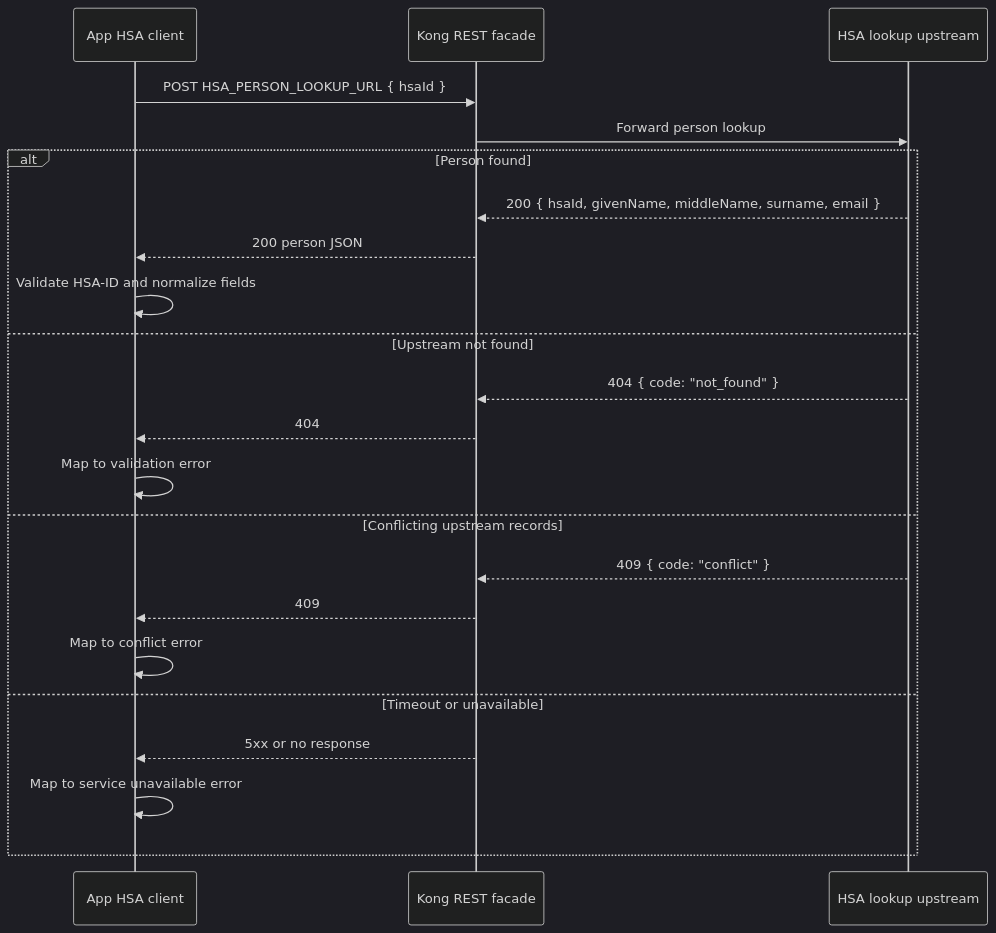
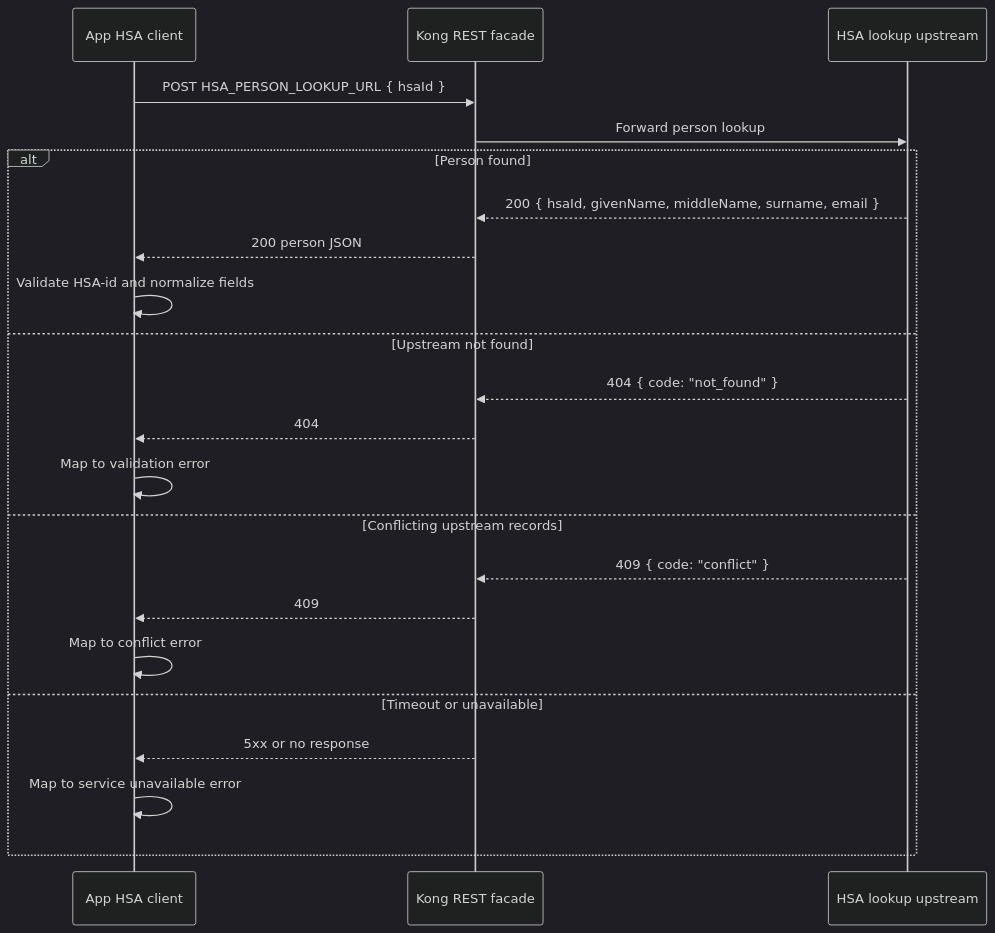
One commit to viscalyx/Kravhantering changed the first of 2 diagrams in docs/hsa-person-lookup-integration.md. Above: the diagram before and after it, drawn with Mermaid (dark theme). The commit also changed other lines of this file and 103 other files, not shown here.

````diff
--- a/docs/hsa-person-lookup-integration.md
+++ b/docs/hsa-person-lookup-integration.md
@@ -73,26 +73,26 @@
 ```mermaid
 sequenceDiagram
     participant App as App HSA client
     participant Kong as Kong REST facade
     participant Upstream as HSA lookup upstream
 
     App->>Kong: POST HSA_PERSON_LOOKUP_URL { hsaId }
     Kong->>Upstream: Forward person lookup
 
     alt Person found
         Upstream-->>Kong: 200 { hsaId, givenName, middleName, surname, email }
         Kong-->>App: 200 person JSON
-        App->>App: Validate HSA-ID and normalize fields
+        App->>App: Validate HSA-id and normalize fields
     else Upstream not found
         Upstream-->>Kong: 404 { code: "not_found" }
         Kong-->>App: 404
         App->>App: Map to validation error
     else Conflicting upstream records
         Upstream-->>Kong: 409 { code: "conflict" }
         Kong-->>App: 409
         App->>App: Map to conflict error
     else Timeout or unavailable
         Kong-->>App: 5xx or no response
         App->>App: Map to service unavailable error
     end
 ```
````
